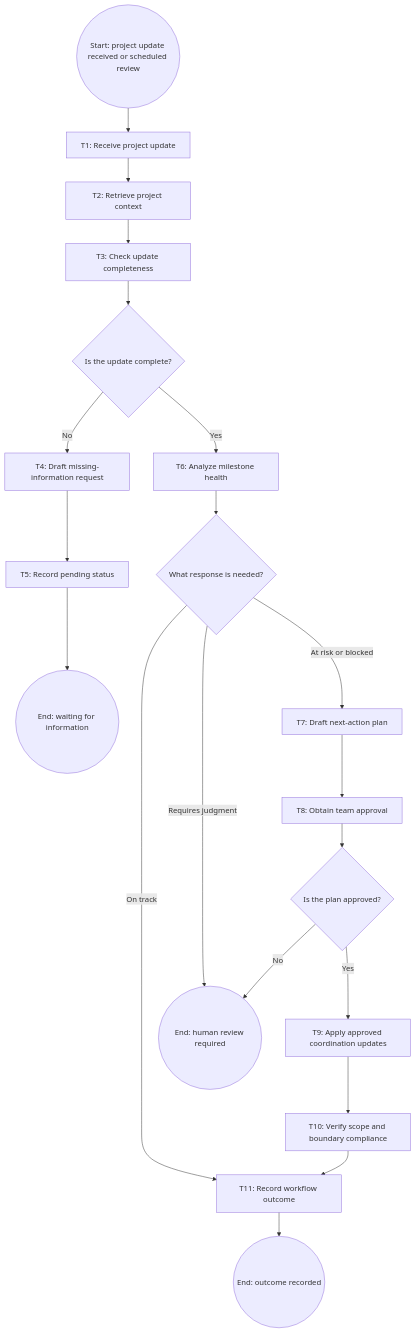
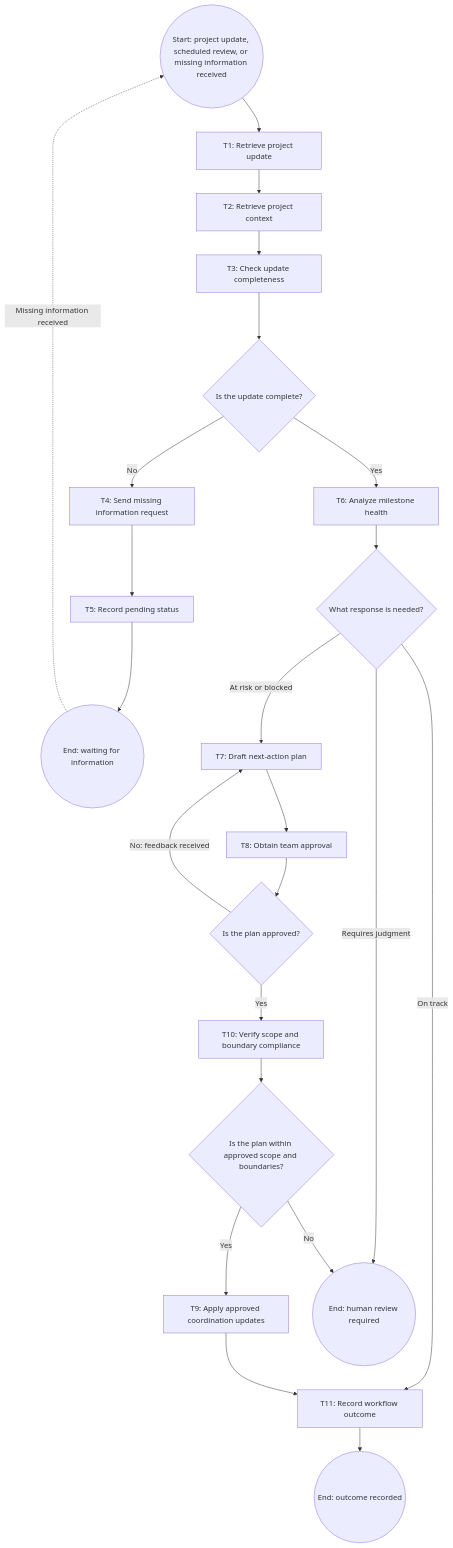
One commit to akhilsatti47/BUS4498_InClass_Builds changed the diagram in my_first_agent/agent/workflow-of-tasks.md. Above: the diagram before and after it, drawn with Mermaid. The commit also changed other lines of this file, not shown here.

````diff
--- a/my_first_agent/agent/workflow-of-tasks.md
+++ b/my_first_agent/agent/workflow-of-tasks.md
@@ -25,30 +23,34 @@
 ```mermaid
 flowchart TD
-    S((Start: project update received or scheduled review))
-    T1[T1: Receive project update]
+    S(("Start: project update, scheduled review, or missing information received"))
+    T1[T1: Retrieve project update]
     T2[T2: Retrieve project context]
     T3[T3: Check update completeness]
     D1{Is the update complete?}
-    T4[T4: Draft missing-information request]
+    T4[T4: Send missing information request]
     T5[T5: Record pending status]
     E1((End: waiting for information))
     T6[T6: Analyze milestone health]
     D2{What response is needed?}
     T7[T7: Draft next-action plan]
     T8[T8: Obtain team approval]
     D3{Is the plan approved?}
+    T10[T10: Verify scope and boundary compliance]
+    D4{Is the plan within approved scope and boundaries?}
     T9[T9: Apply approved coordination updates]
-    T10[T10: Verify scope and boundary compliance]
     T11[T11: Record workflow outcome]
     E2((End: outcome recorded))
     E3((End: human review required))
 
     S --> T1 --> T2 --> T3 --> D1
     D1 -- No --> T4 --> T5 --> E1
+    E1 -. "Missing information received" .-> S
     D1 -- Yes --> T6 --> D2
     D2 -- On track --> T11
     D2 -- At risk or blocked --> T7 --> T8 --> D3
     D2 -- Requires judgment --> E3
-    D3 -- No --> E3
-    D3 -- Yes --> T9 --> T10 --> T11 --> E2
+    D3 -- No: feedback received --> T7
+    D3 -- "Yes" --> T10 --> D4
+    D4 -- "No" --> E3
+    D4 -- "Yes" --> T9 --> T11 --> E2
 ```
````
